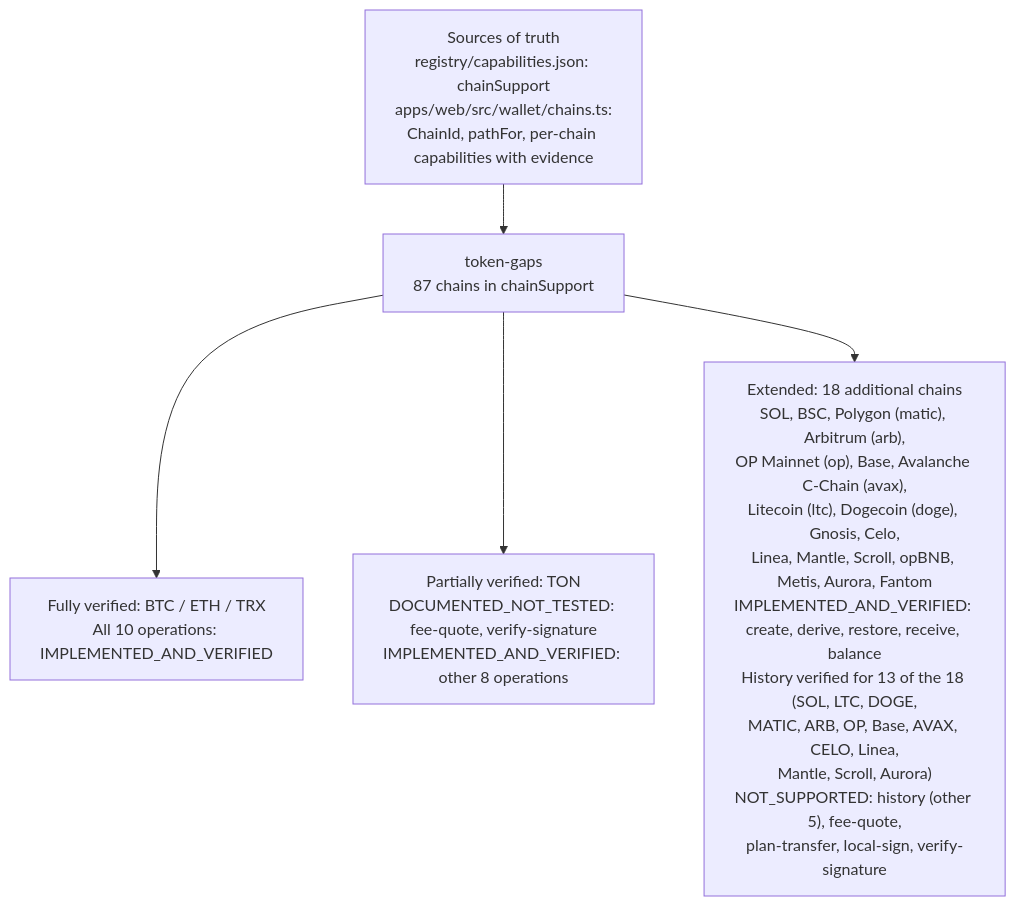
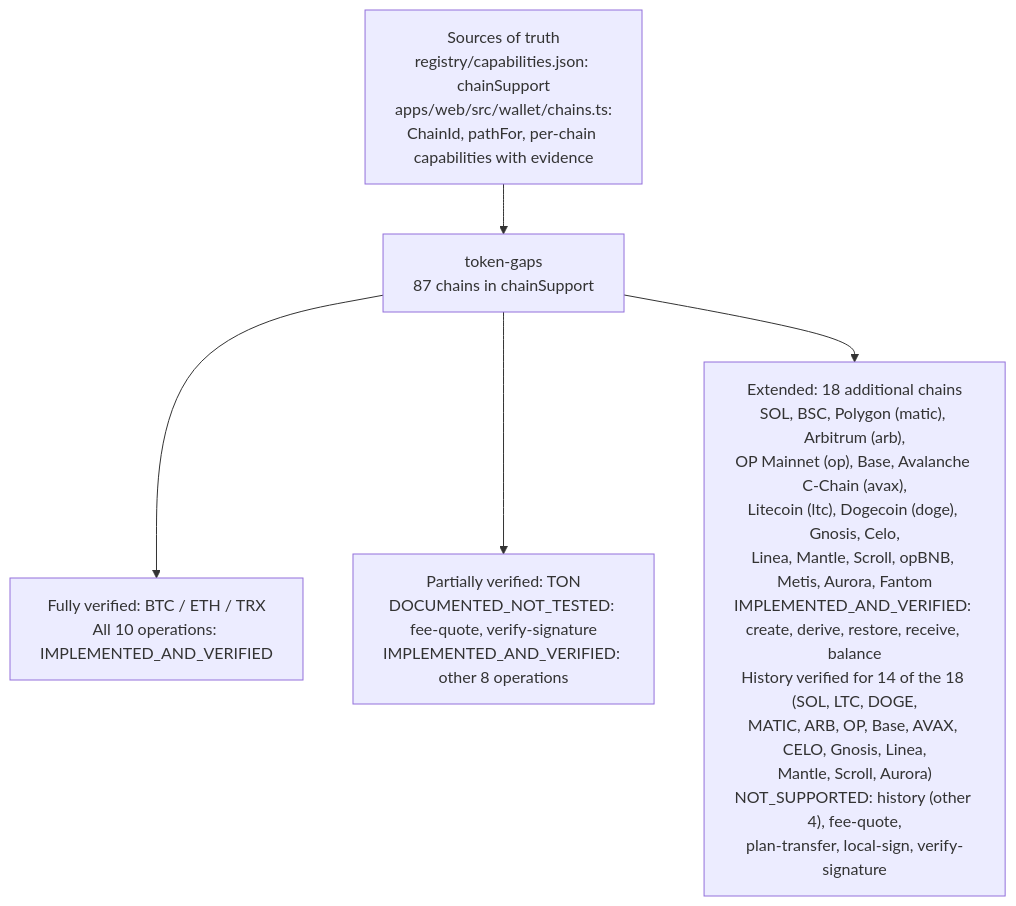
The diagram in docs/12-chain-registry-and-assets/README.md (Pr3eve6ti2o/bawa), drawn with Mermaid before and after one commit. The commit also changed other lines of this file and 19 other files, not shown here.

````diff
--- a/docs/12-chain-registry-and-assets/README.md
+++ b/docs/12-chain-registry-and-assets/README.md
@@ -211,20 +211,20 @@
 ```mermaid
 flowchart TB
     accTitle: Bawa chain support overview
-    accDescr: token-gaps supports BTC, ETH and TRX with all ten operations verified, plus TON with fee-quote and verify-signature documented but untested, plus eighteen additional chains with create, derive, restore, receive and balance verified and the remaining five operations unsupported (history verified for 13 of the 18 — SOL, LTC, DOGE, MATIC, ARB, OP, Base, AVAX, CELO, Linea, Mantle, Scroll, Aurora — per chains.ts and docs/06). The registry grew from 13 chains (multichain-create) to 87 on token-gaps: 22 curated + 65 expansion.
+    accDescr: token-gaps supports BTC, ETH and TRX with all ten operations verified, plus TON with fee-quote and verify-signature documented but untested, plus eighteen additional chains with create, derive, restore, receive and balance verified and the remaining five operations unsupported (history verified for 14 of the 18 — SOL, LTC, DOGE, MATIC, ARB, OP, Base, AVAX, CELO, Gnosis, Linea, Mantle, Scroll, Aurora — per chains.ts and docs/06). The registry grew from 13 chains (multichain-create) to 87 on token-gaps: 22 curated + 65 expansion.
 
     S["Sources of truth<br/>registry/capabilities.json: chainSupport<br/>apps/web/src/wallet/chains.ts:<br/>ChainId, pathFor, per-chain capabilities with evidence"]
 
     A["token-gaps<br/>87 chains in chainSupport"]
 
     F["Fully verified: BTC / ETH / TRX<br/>All 10 operations: IMPLEMENTED_AND_VERIFIED"]
 
     T["Partially verified: TON<br/>DOCUMENTED_NOT_TESTED: fee-quote, verify-signature<br/>IMPLEMENTED_AND_VERIFIED: other 8 operations"]
 
-    D["Extended: 18 additional chains<br/>SOL, BSC, Polygon (matic), Arbitrum (arb),<br/>OP Mainnet (op), Base, Avalanche C-Chain (avax),<br/>Litecoin (ltc), Dogecoin (doge), Gnosis, Celo,<br/>Linea, Mantle, Scroll, opBNB, Metis, Aurora, Fantom<br/>IMPLEMENTED_AND_VERIFIED: create, derive, restore, receive, balance<br/>History verified for 13 of the 18 (SOL, LTC, DOGE,<br/>MATIC, ARB, OP, Base, AVAX, CELO, Linea,<br/>Mantle, Scroll, Aurora)<br/>NOT_SUPPORTED: history (other 5), fee-quote,<br/>plan-transfer, local-sign, verify-signature"]
+    D["Extended: 18 additional chains<br/>SOL, BSC, Polygon (matic), Arbitrum (arb),<br/>OP Mainnet (op), Base, Avalanche C-Chain (avax),<br/>Litecoin (ltc), Dogecoin (doge), Gnosis, Celo,<br/>Linea, Mantle, Scroll, opBNB, Metis, Aurora, Fantom<br/>IMPLEMENTED_AND_VERIFIED: create, derive, restore, receive, balance<br/>History verified for 14 of the 18 (SOL, LTC, DOGE,<br/>MATIC, ARB, OP, Base, AVAX, CELO, Gnosis, Linea,<br/>Mantle, Scroll, Aurora)<br/>NOT_SUPPORTED: history (other 4), fee-quote,<br/>plan-transfer, local-sign, verify-signature"]
 
     S --> A
     A --> F
     A --> T
     A --> D
 ```
````
